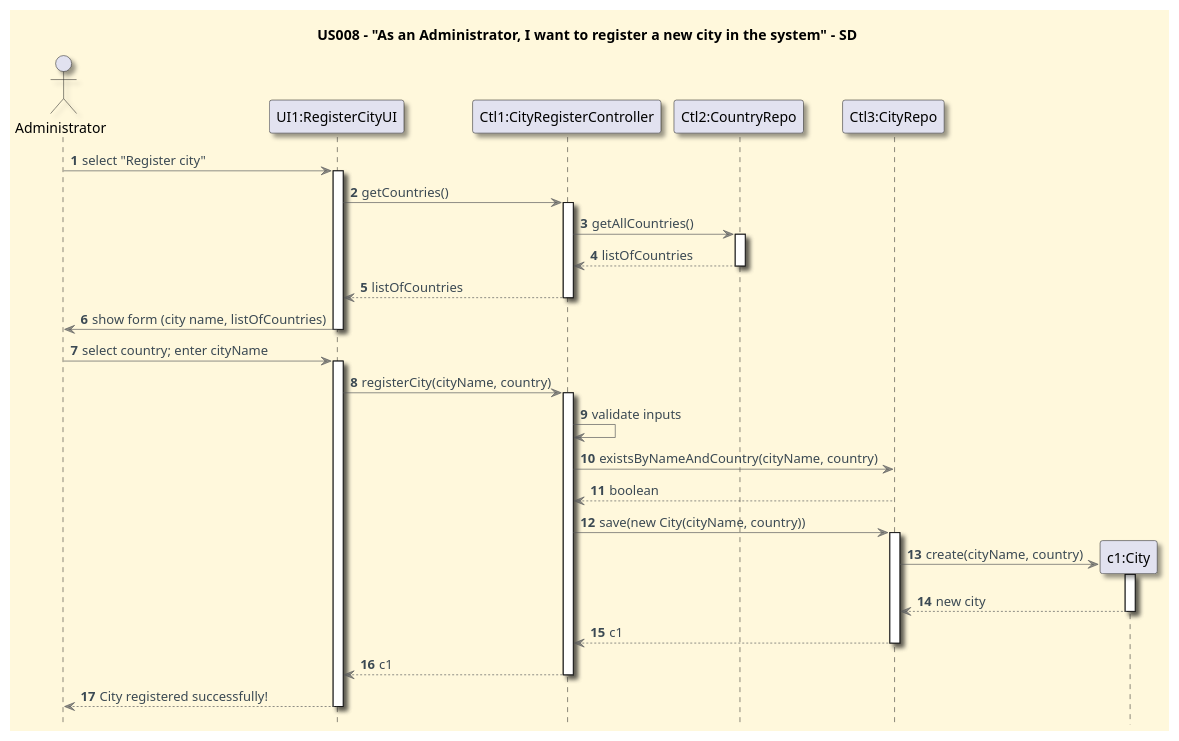
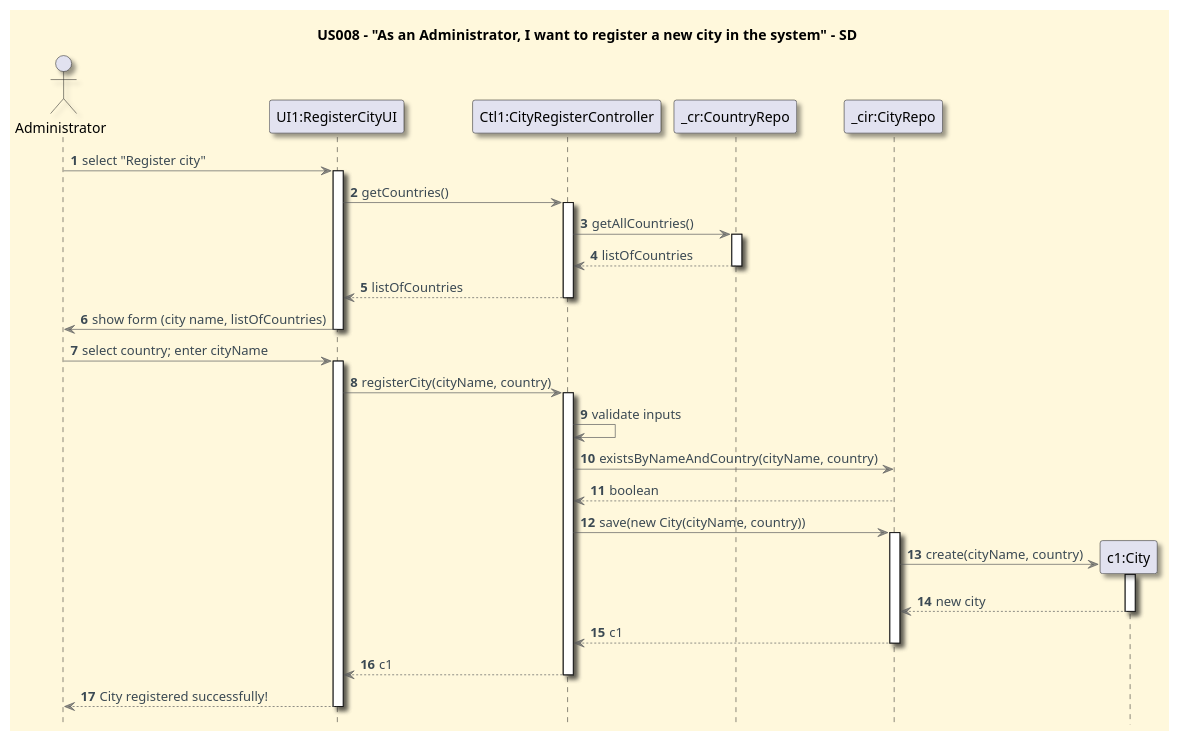
Before and after one commit to CarolinaLeite-collab/JavaMarketplacePlatform: the diagram in docs/userStories/US008/US008_register_a_city_SD.puml, drawn with PlantUML. The commit also changed 3 other files, not shown here.

```diff
--- a/docs/userStories/US008/US008_register_a_city_SD.puml
+++ b/docs/userStories/US008/US008_register_a_city_SD.puml
@@ -1,67 +1,67 @@
 @startuml
 title US008 - "As an Administrator, I want to register a new city in the system" - SD
 hidefootbox
 
 '==== basic style ====
 skinparam monochrome false
 skinparam shadowing true
 skinparam defaultFontName Futura
 skinparam objectFontSize 20
 skinparam backgroundColor CornSilk
 skinparam objectBackgroundColor WhiteSmoke
 skinparam noteBackgroundColor #FFFFE0
 skinparam ArrowFontColor #3B4953
 skinparam ArrowColor #57595BAA
 
 autonumber
 autoactivate off
 
 actor Administrator as Adm
 participant "UI1:RegisterCityUI" as UI
 participant "Ctl1:CityRegisterController" as Ctl
-participant "Ctl2:CountryRepo" as CountryRepo
-participant "Ctl3:CityRepo" as CityRepo
+participant "_cr:CountryRepo" as CountryRepo
+participant "_cir:CityRepo" as CityRepo
 
 ' 1. Admin requests to register a new city
 Adm -> UI: select "Register city"
 activate UI
 
 UI -> Ctl: getCountries()
 activate Ctl
 Ctl -> CountryRepo: getAllCountries()
 activate CountryRepo
 Ctl <-- CountryRepo: listOfCountries
 deactivate CountryRepo
 UI <-- Ctl: listOfCountries
 deactivate Ctl
 
 UI -> Adm: show form (city name, listOfCountries)
 deactivate UI
 Adm -> UI: select country; enter cityName
 activate UI
 
 ' 3. UI submits city creation (passes selected country, already validated by list)
 UI -> Ctl: registerCity(cityName, country)
 activate Ctl
 
 Ctl -> Ctl: validate inputs
 Ctl -> CityRepo: existsByNameAndCountry(cityName, country)
 CityRepo --> Ctl: boolean
 
 ' 5. Persist city when valid
 Ctl -> CityRepo: save(new City(cityName, country))
 activate CityRepo
 create "c1:City" as c1
 CityRepo -> c1: create(cityName, country)
 activate c1
 c1 --> CityRepo: new city
 deactivate c1
 CityRepo --> Ctl: c1
 deactivate CityRepo
 
 ' 6. UI feedback (mirror US007: object then message)
 Ctl --> UI: c1
 deactivate Ctl
 UI --> Adm: City registered successfully!
 deactivate UI
 @enduml
```
